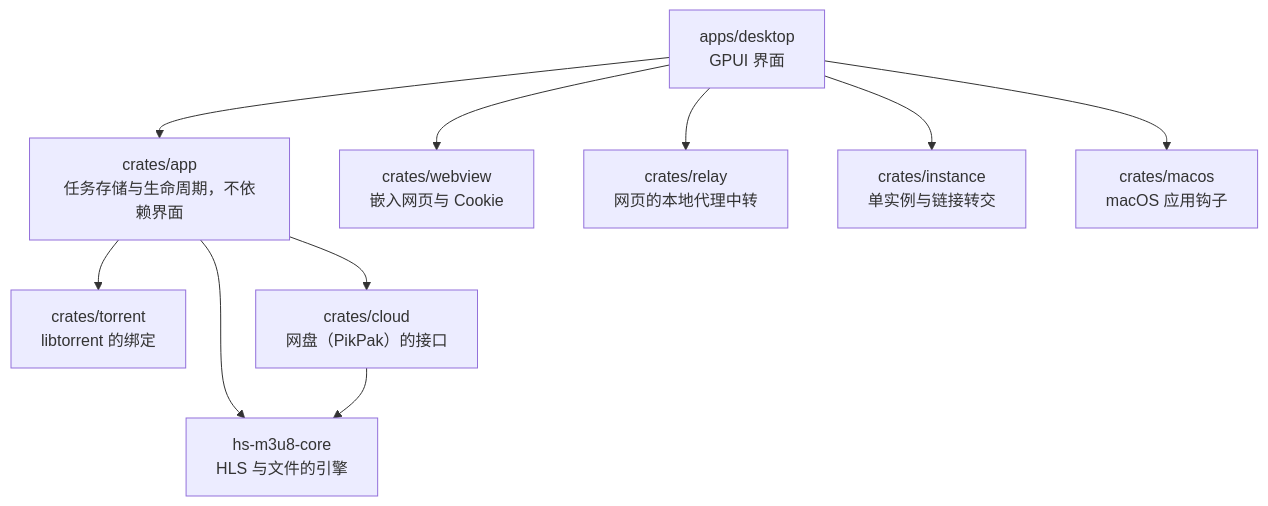
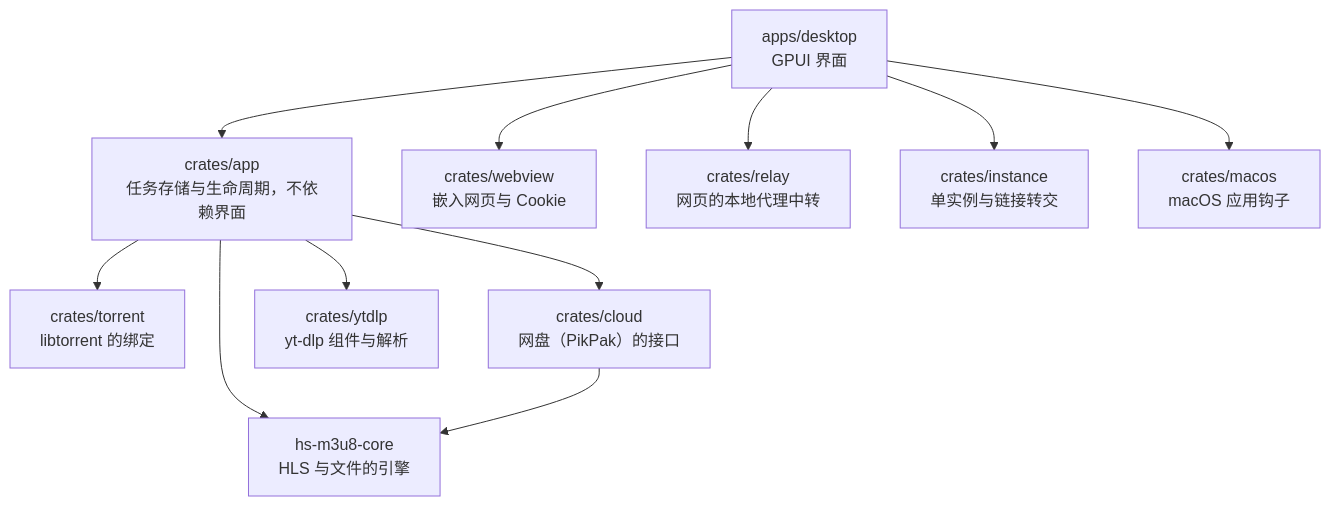
One commit to x-haose/hs-dlx changed the diagram in README.md. Above: the diagram before and after it, drawn with Mermaid. The commit also changed other lines of this file and 4 other files, not shown here.

````diff
--- a/README.md
+++ b/README.md
@@ -179,21 +182,23 @@
 ```mermaid
 flowchart TD
     desktop["apps/desktop<br/>GPUI 界面"]
     app["crates/app<br/>任务存储与生命周期，不依赖界面"]
     webview["crates/webview<br/>嵌入网页与 Cookie"]
     relay["crates/relay<br/>网页的本地代理中转"]
     instance["crates/instance<br/>单实例与链接转交"]
     macos["crates/macos<br/>macOS 应用钩子"]
     core["hs-m3u8-core<br/>HLS 与文件的引擎"]
     torrent["crates/torrent<br/>libtorrent 的绑定"]
     cloud["crates/cloud<br/>网盘（PikPak）的接口"]
+    ytdlp["crates/ytdlp<br/>yt-dlp 组件与解析"]
     desktop --> app
     desktop --> webview
     desktop --> relay
     desktop --> instance
     desktop --> macos
     app --> core
     app --> torrent
     app --> cloud
+    app --> ytdlp
     cloud --> core
 ```
````
